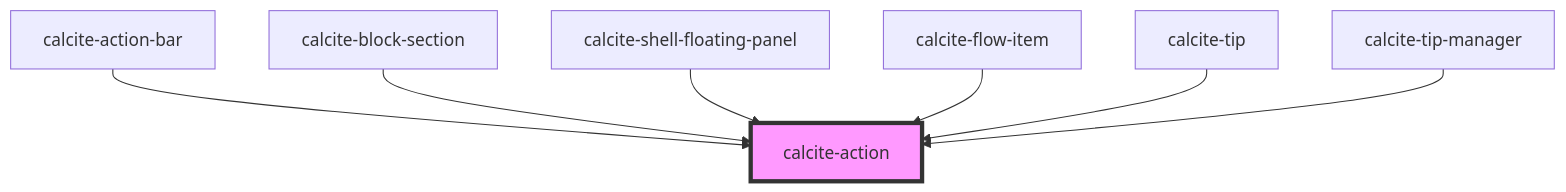
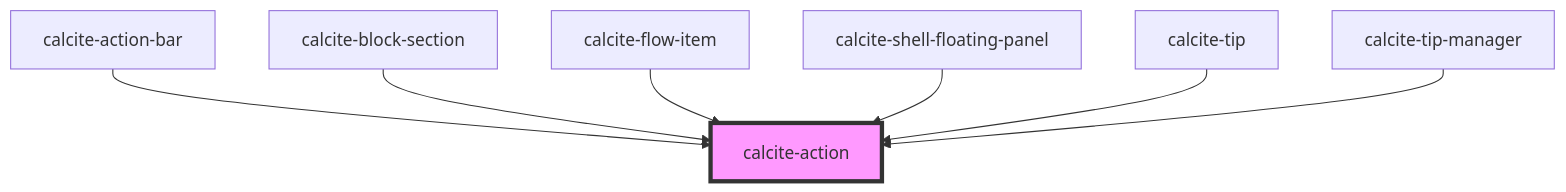
The diagram in src/components/calcite-action/readme.md (Esri/calcite-app-components), drawn with Mermaid before and after one commit. The commit also changed other lines of this file and 130 other files, not shown here.

````diff
--- a/src/components/calcite-action/readme.md
+++ b/src/components/calcite-action/readme.md
@@ -35,10 +35,10 @@
 ```mermaid
 graph TD;
   calcite-action-bar --> calcite-action
   calcite-block-section --> calcite-action
+  calcite-flow-item --> calcite-action
   calcite-shell-floating-panel --> calcite-action
-  calcite-flow-item --> calcite-action
   calcite-tip --> calcite-action
   calcite-tip-manager --> calcite-action
   style calcite-action fill:#f9f,stroke:#333,stroke-width:4px
 ```
````
